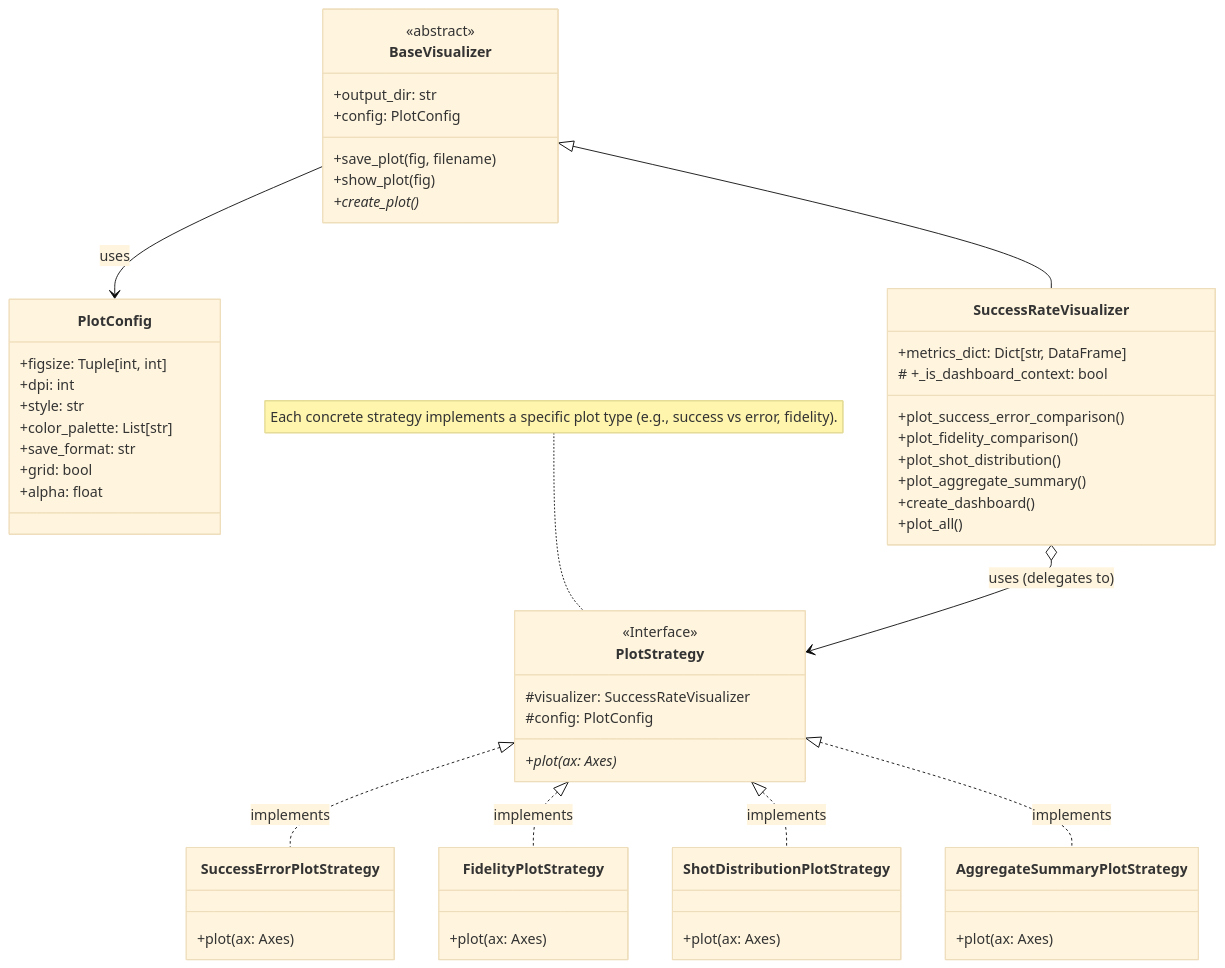
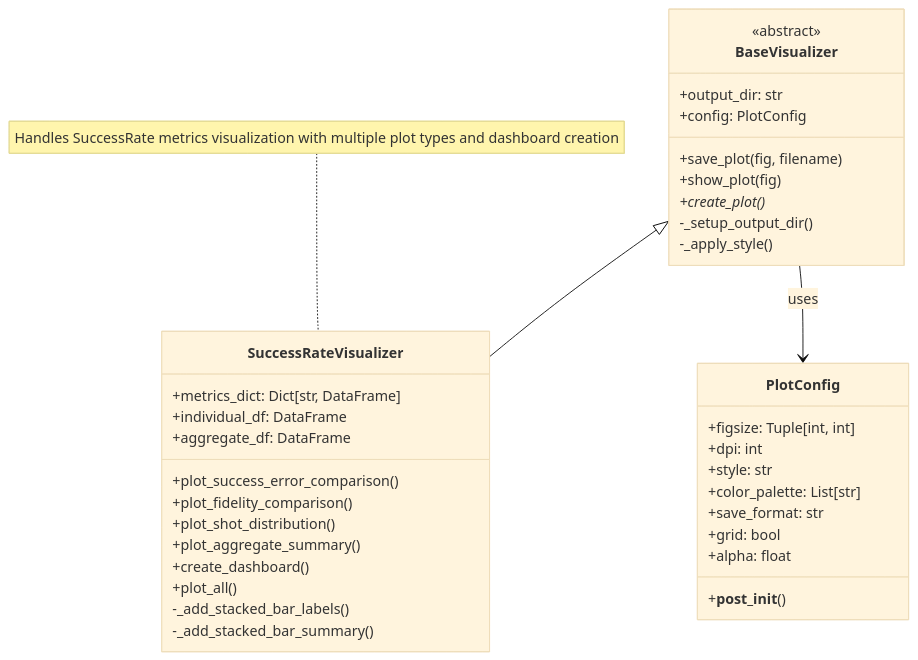
One commit to xthecapx/qiskit-qward changed the diagram in docs/visualization_guide.md. Above: the diagram before and after it, drawn with Mermaid (base theme). The commit also changed other lines of this file and 37 other files, not shown here.

Commit message:
refactor: add circuit performance metrics and visualization

````diff
--- a/docs/visualization_guide.md
+++ b/docs/visualization_guide.md
@@ -17,63 +15,43 @@
 ```mermaid
 classDiagram
     class BaseVisualizer {
         <<abstract>>
         +output_dir: str
         +config: PlotConfig
         +save_plot(fig, filename)
         +show_plot(fig)
         +create_plot()*
+        -_setup_output_dir()
+        -_apply_style()
     }
     
     class PlotConfig {
         +figsize: Tuple[int, int]
         +dpi: int
         +style: str
         +color_palette: List[str]
         +save_format: str
         +grid: bool
         +alpha: float
+        +__post_init__()
     }
     
     class SuccessRateVisualizer {
         +metrics_dict: Dict[str, DataFrame]
-        # +_is_dashboard_context: bool
+        +individual_df: DataFrame
+        +aggregate_df: DataFrame
         +plot_success_error_comparison()
         +plot_fidelity_comparison()
         +plot_shot_distribution()
         +plot_aggregate_summary()
         +create_dashboard()
         +plot_all()
+        -_add_stacked_bar_labels()
+        -_add_stacked_bar_summary()
     }
-
-    class PlotStrategy {
-        <<Interface>>
-        #visualizer: SuccessRateVisualizer
-        #config: PlotConfig
-        +plot(ax: Axes)*
-    }
-
-    class SuccessErrorPlotStrategy {
-        +plot(ax: Axes)
-    }
-    class FidelityPlotStrategy {
-        +plot(ax: Axes)
-    }
-    class ShotDistributionPlotStrategy {
-        +plot(ax: Axes)
-    }
-    class AggregateSummaryPlotStrategy {
-        +plot(ax: Axes)
-    }
-    
-    note for PlotStrategy "Each concrete strategy implements a specific plot type (e.g., success vs error, fidelity)."
 
     BaseVisualizer <|-- SuccessRateVisualizer
     BaseVisualizer --> PlotConfig : uses
-    SuccessRateVisualizer o--> PlotStrategy : uses (delegates to)
-
-    PlotStrategy <|.. SuccessErrorPlotStrategy : implements
-    PlotStrategy <|.. FidelityPlotStrategy : implements
-    PlotStrategy <|.. ShotDistributionPlotStrategy : implements
-    PlotStrategy <|.. AggregateSummaryPlotStrategy : implements
+    
+    note for SuccessRateVisualizer "Handles SuccessRate metrics visualization with multiple plot types and dashboard creation"
 ```
````
